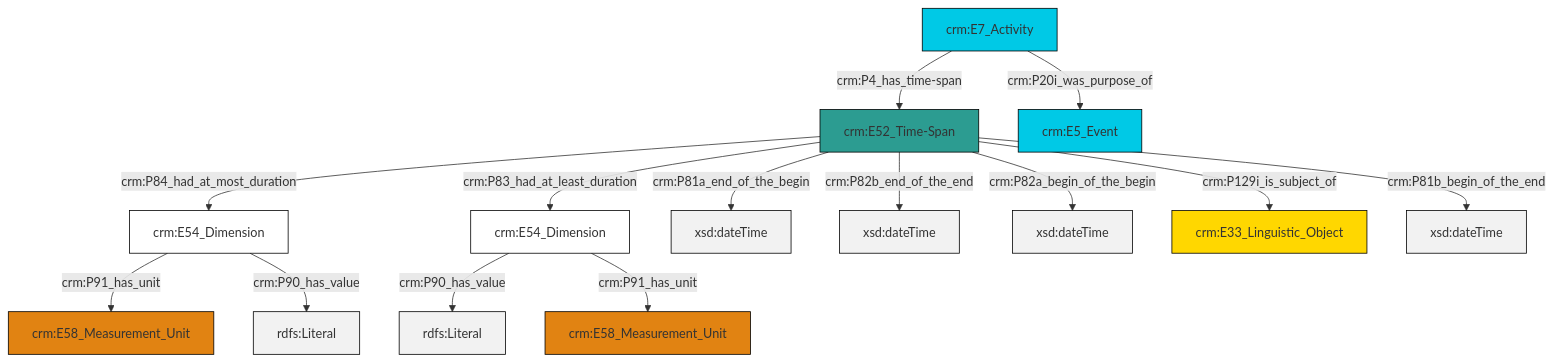
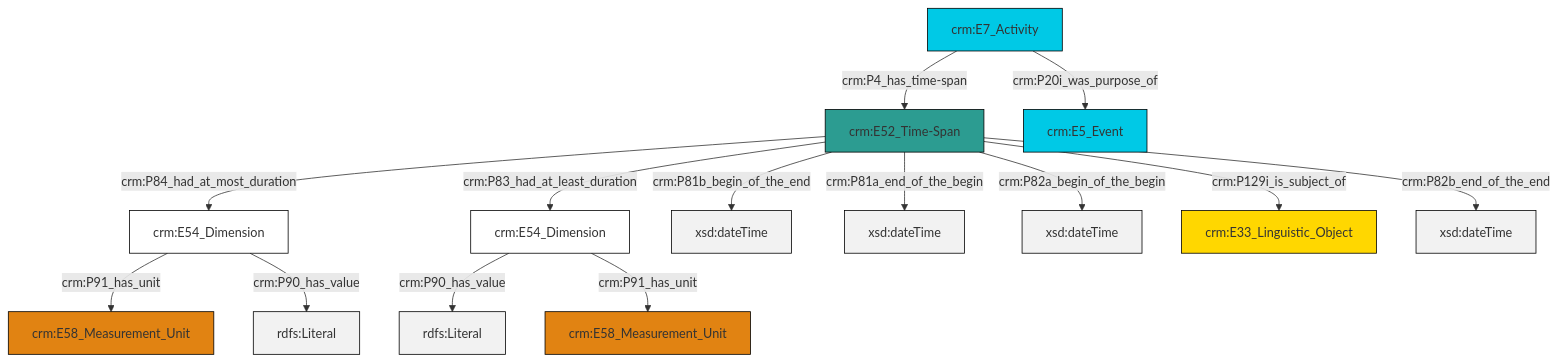
The diagram in et/eventCSV/ttl/mmd/event_existence.ttl.mmd (swiss-art-research-net/docs.swissartresearch), drawn with Mermaid before and after one commit. The commit also changed 179 other files, not shown here.

```diff
--- a/et/eventCSV/ttl/mmd/event_existence.ttl.mmd
+++ b/et/eventCSV/ttl/mmd/event_existence.ttl.mmd
@@ -1,28 +1,28 @@
 graph TD
 classDef Literal fill:#f2f2f2,stroke:#000000;
 classDef CRM_Entity fill:#FFFFFF,stroke:#000000;
 classDef Temporal_Entity fill:#00C9E6, stroke:#000000;
 classDef Type fill:#E18312, stroke:#000000;
 classDef Time-Span fill:#2C9C91, stroke:#000000;
 classDef Appellation fill:#FFEB7F, stroke:#000000;
 classDef Place fill:#008836, stroke:#000000;
 classDef Persistent_Item fill:#B266B2, stroke:#000000;
 classDef Conceptual_Object fill:#FFD700, stroke:#000000;
 classDef Physical_Thing fill:#D2B48C, stroke:#000000;
 classDef Actor fill:#f58aad, stroke:#000000;
 classDef PC_Classes fill:#4ce600, stroke:#000000;
 classDef Multi fill:#cccccc,stroke:#000000;
 
-0["crm:E54_Dimension"]:::CRM_Entity -->|crm:P90_has_value| 1[rdfs:Literal]:::Literal
-4["crm:E52_Time-Span"]:::Time-Span -->|crm:P84_had_at_most_duration| 5["crm:E54_Dimension"]:::CRM_Entity
-5["crm:E54_Dimension"]:::CRM_Entity -->|crm:P91_has_unit| 2["crm:E58_Measurement_Unit"]:::Type
-5["crm:E54_Dimension"]:::CRM_Entity -->|crm:P90_has_value| 6[rdfs:Literal]:::Literal
-4["crm:E52_Time-Span"]:::Time-Span -->|crm:P81a_end_of_the_begin| 7[xsd:dateTime]:::Literal
-4["crm:E52_Time-Span"]:::Time-Span -->|crm:P82b_end_of_the_end| 10[xsd:dateTime]:::Literal
-11["crm:E7_Activity"]:::Temporal_Entity -->|crm:P20i_was_purpose_of| 8["crm:E5_Event"]:::Temporal_Entity
-4["crm:E52_Time-Span"]:::Time-Span -->|crm:P82a_begin_of_the_begin| 12[xsd:dateTime]:::Literal
-0["crm:E54_Dimension"]:::CRM_Entity -->|crm:P91_has_unit| 14["crm:E58_Measurement_Unit"]:::Type
-11["crm:E7_Activity"]:::Temporal_Entity -->|crm:P4_has_time-span| 4["crm:E52_Time-Span"]:::Time-Span
-4["crm:E52_Time-Span"]:::Time-Span -->|crm:P129i_is_subject_of| 17["crm:E33_Linguistic_Object"]:::Conceptual_Object
-4["crm:E52_Time-Span"]:::Time-Span -->|crm:P83_had_at_least_duration| 0["crm:E54_Dimension"]:::CRM_Entity
-4["crm:E52_Time-Span"]:::Time-Span -->|crm:P81b_begin_of_the_end| 21[xsd:dateTime]:::Literal
+0["crm:E52_Time-Span"]:::Time-Span -->|crm:P84_had_at_most_duration| 1["crm:E54_Dimension"]:::CRM_Entity
+2["crm:E54_Dimension"]:::CRM_Entity -->|crm:P90_has_value| 3[rdfs:Literal]:::Literal
+0["crm:E52_Time-Span"]:::Time-Span -->|crm:P81b_begin_of_the_end| 6[xsd:dateTime]:::Literal
+4["crm:E7_Activity"]:::Temporal_Entity -->|crm:P20i_was_purpose_of| 7["crm:E5_Event"]:::Temporal_Entity
+0["crm:E52_Time-Span"]:::Time-Span -->|crm:P81a_end_of_the_begin| 8[xsd:dateTime]:::Literal
+0["crm:E52_Time-Span"]:::Time-Span -->|crm:P82a_begin_of_the_begin| 9[xsd:dateTime]:::Literal
+1["crm:E54_Dimension"]:::CRM_Entity -->|crm:P91_has_unit| 11["crm:E58_Measurement_Unit"]:::Type
+4["crm:E7_Activity"]:::Temporal_Entity -->|crm:P4_has_time-span| 0["crm:E52_Time-Span"]:::Time-Span
+1["crm:E54_Dimension"]:::CRM_Entity -->|crm:P90_has_value| 15[rdfs:Literal]:::Literal
+0["crm:E52_Time-Span"]:::Time-Span -->|crm:P129i_is_subject_of| 12["crm:E33_Linguistic_Object"]:::Conceptual_Object
+0["crm:E52_Time-Span"]:::Time-Span -->|crm:P83_had_at_least_duration| 2["crm:E54_Dimension"]:::CRM_Entity
+2["crm:E54_Dimension"]:::CRM_Entity -->|crm:P91_has_unit| 16["crm:E58_Measurement_Unit"]:::Type
+0["crm:E52_Time-Span"]:::Time-Span -->|crm:P82b_end_of_the_end| 21[xsd:dateTime]:::Literal
```
